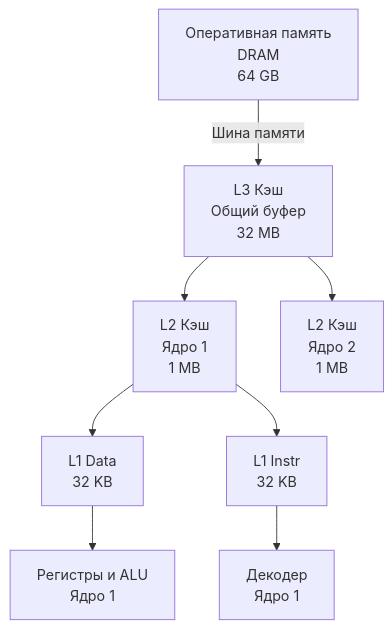
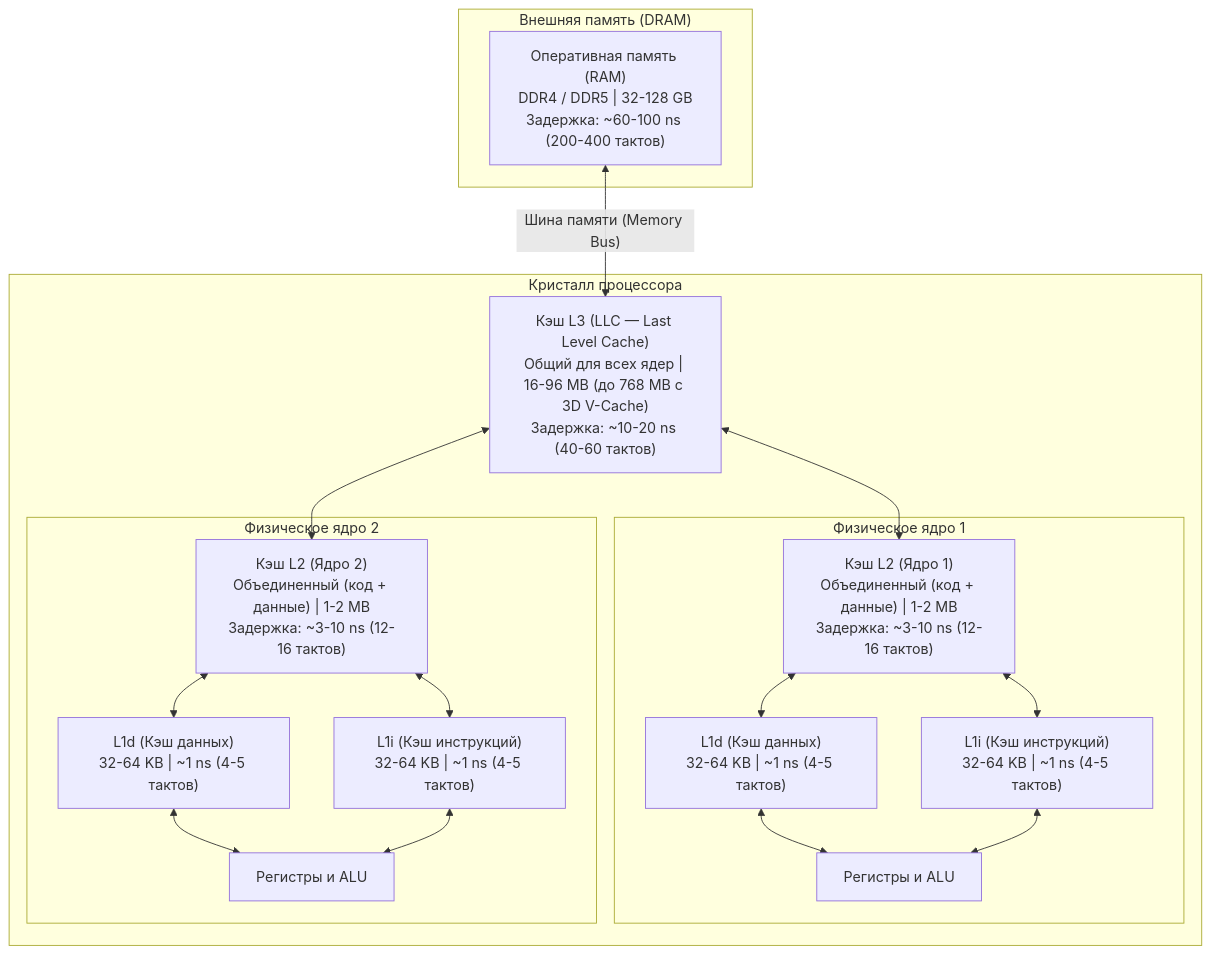
The diagram in sources/1. Архитектура компьютера/18. Кэши CPU. L1, L2, L3 и Cache Line.md (UnrealTemplier/go-textbook), drawn with Mermaid before and after one commit. The commit also changed other lines of this file, not shown here.

Commit message:
feat(module-01): editorial rewrite of Article 18 (CPU Caches and Cache Line) in Kernighan style

````diff
--- a/sources/1. Архитектура компьютера/18. Кэши CPU. L1, L2, L3 и Cache Line.md
+++ b/sources/1. Архитектура компьютера/18. Кэши CPU. L1, L2, L3 и Cache Line.md
@@ -23,13 +13,36 @@
 ```mermaid
 flowchart TD
-    RAM["Оперативная память<br>DRAM<br>64 GB"] -->|Шина памяти| L3["L3 Кэш<br>Общий буфер<br>32 MB"]
-    
-    L3 --> L2_Core1["L2 Кэш<br>Ядро 1<br>1 MB"]
-    L3 --> L2_Core2["L2 Кэш<br>Ядро 2<br>1 MB"]
-    
-    L2_Core1 --> L1D_1["L1 Data<br>32 KB"]
-    L2_Core1 --> L1I_1["L1 Instr<br>32 KB"]
-    
-    L1D_1 --> ALU["Регистры и ALU<br>Ядро 1"]
-    L1I_1 --> DEC["Декодер<br>Ядро 1"]
+    subgraph RAM_Layer["Внешняя память (DRAM)"]
+        RAM["Оперативная память (RAM)<br>DDR4 / DDR5 | 32-128 GB<br>Задержка: ~60-100 ns (200-400 тактов)"]
+    end
+
+    subgraph CPU_Chip["Кристалл процессора"]
+        L3["Кэш L3 (LLC — Last Level Cache)<br>Общий для всех ядер | 16-96 MB (до 768 MB с 3D V-Cache)<br>Задержка: ~10-20 ns (40-60 тактов)"]
+        
+        subgraph Core1["Физическое ядро 1"]
+            L2_1["Кэш L2 (Ядро 1)<br>Объединенный (код + данные) | 1-2 MB<br>Задержка: ~3-10 ns (12-16 тактов)"]
+            L1D_1["L1d (Кэш данных)<br>32-64 KB | ~1 ns (4-5 тактов)"]
+            L1I_1["L1i (Кэш инструкций)<br>32-64 KB | ~1 ns (4-5 тактов)"]
+            ALU1["Регистры и ALU"]
+        end
+
+        subgraph Core2["Физическое ядро 2"]
+            L2_2["Кэш L2 (Ядро 2)<br>Объединенный (код + данные) | 1-2 MB<br>Задержка: ~3-10 ns (12-16 тактов)"]
+            L1D_2["L1d (Кэш данных)<br>32-64 KB | ~1 ns (4-5 тактов)"]
+            L1I_2["L1i (Кэш инструкций)<br>32-64 KB | ~1 ns (4-5 тактов)"]
+            ALU2["Регистры и ALU"]
+        end
+    end
+
+    RAM <-->|"Шина памяти (Memory Bus)"| L3
+    L3 <--> L2_1
+    L3 <--> L2_2
+    L2_1 <--> L1D_1
+    L2_1 <--> L1I_1
+    L2_2 <--> L1D_2
+    L2_2 <--> L1I_2
+    L1D_1 <--> ALU1
+    L1I_1 <--> ALU1
+    L1D_2 <--> ALU2
+    L1I_2 <--> ALU2
 ```
````
